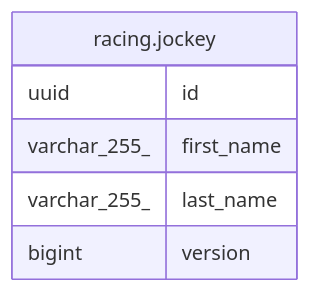
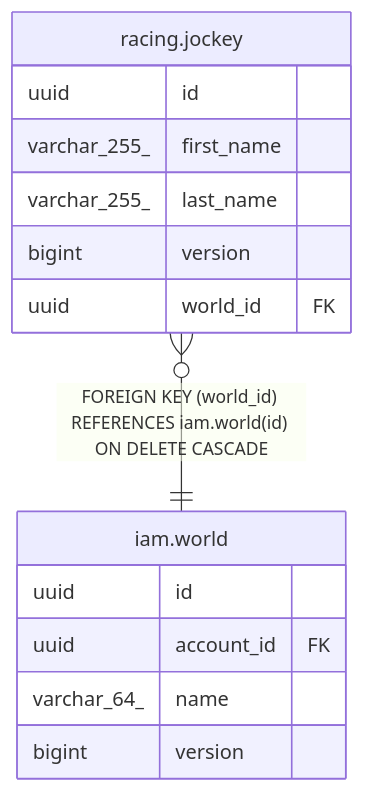
One commit to ptiringo/toy-box changed the diagram in dbdoc/racing.jockey.md. Above: the diagram before and after it, drawn with Mermaid. The commit also changed other lines of this file and 129 other files, not shown here.

````diff
--- a/dbdoc/racing.jockey.md
+++ b/dbdoc/racing.jockey.md
@@ -30,11 +34,19 @@
 ```mermaid
 erDiagram
 
+"racing.jockey" }o--|| "iam.world" : "FOREIGN KEY (world_id) REFERENCES iam.world(id) ON DELETE CASCADE"
 
 "racing.jockey" {
   uuid id
   varchar_255_ first_name
   varchar_255_ last_name
   bigint version
+  uuid world_id FK
+}
+"iam.world" {
+  uuid id
+  uuid account_id FK
+  varchar_64_ name
+  bigint version
 }
 ```
````
